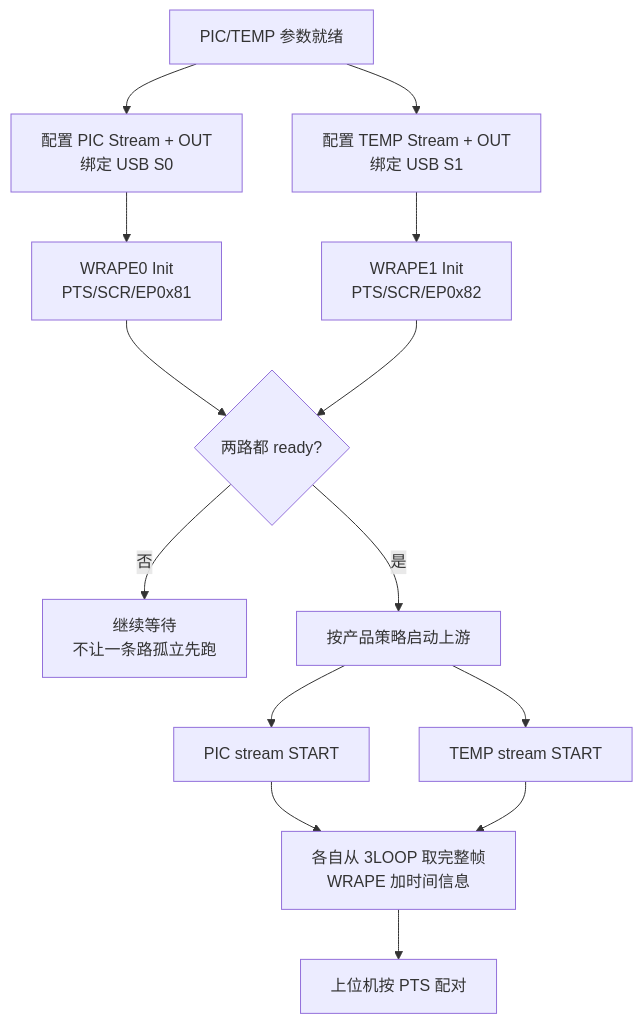
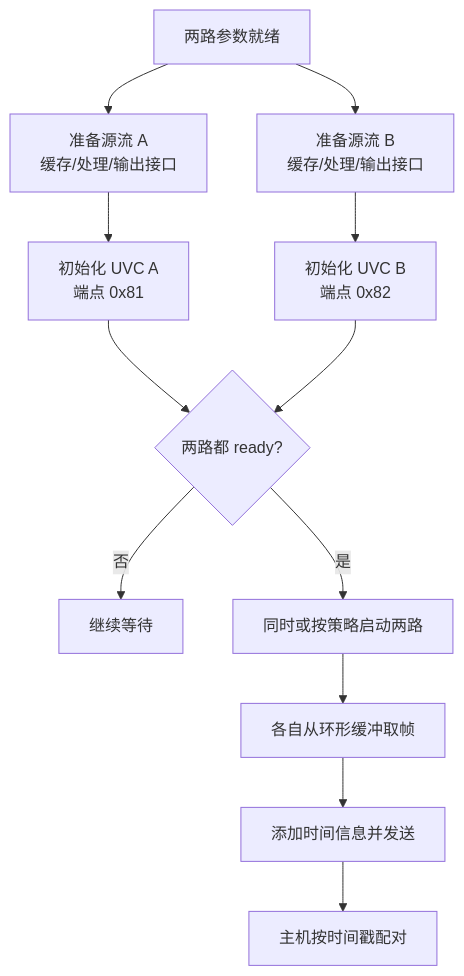
Before and after one commit to DeguiLiu/tech-notes: the sixth of 7 diagrams in content/posts/architecture/embedded_usb_dual_video_output.md, drawn with Mermaid. The commit also changed other lines of this file, not shown here.

Commit message:
story-docs(blog): generalize dual USB video synchronization article

````diff
--- a/content/posts/architecture/embedded_usb_dual_video_output.md
+++ b/content/posts/architecture/embedded_usb_dual_video_output.md
@@ -265,16 +215,14 @@
 ```mermaid
 flowchart TB
-    A["PIC/TEMP 参数就绪"] --> B0["配置 PIC Stream + OUT\n绑定 USB S0"]
-    A --> B1["配置 TEMP Stream + OUT\n绑定 USB S1"]
-    B0 --> C0["WRAPE0 Init\nPTS/SCR/EP0x81"]
-    B1 --> C1["WRAPE1 Init\nPTS/SCR/EP0x82"]
+    A["两路参数就绪"] --> B0["准备源流 A\n缓存/处理/输出接口"]
+    A --> B1["准备源流 B\n缓存/处理/输出接口"]
+    B0 --> C0["初始化 UVC A\n端点 0x81"]
+    B1 --> C1["初始化 UVC B\n端点 0x82"]
     C0 --> D{"两路都 ready?"}
     C1 --> D
-    D -->|否| E["继续等待\n不让一条路孤立先跑"]
-    D -->|是| F["按产品策略启动上游"]
-    F --> G0["PIC stream START"]
-    F --> G1["TEMP stream START"]
-    G0 --> H["各自从 3LOOP 取完整帧\nWRAPE 加时间信息"]
-    G1 --> H
-    H --> I["上位机按 PTS 配对"]
+    D -->|否| E["继续等待"]
+    D -->|是| F["同时或按策略启动两路"]
+    F --> G["各自从环形缓冲取帧"]
+    G --> H["添加时间信息并发送"]
+    H --> I["主机按时间戳配对"]
 ```
````
